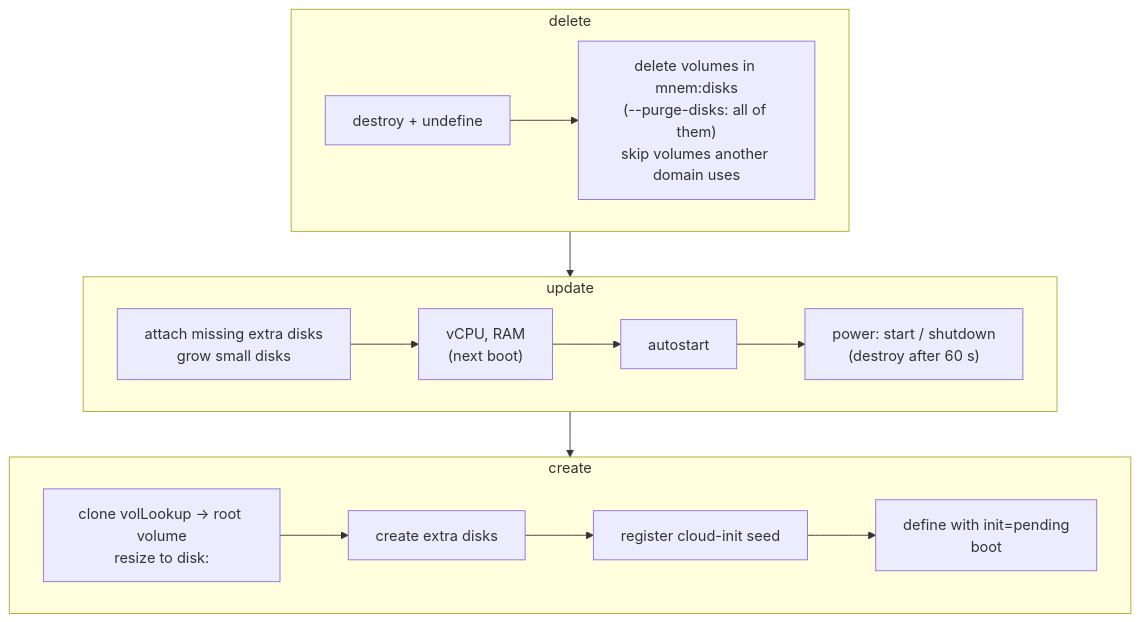
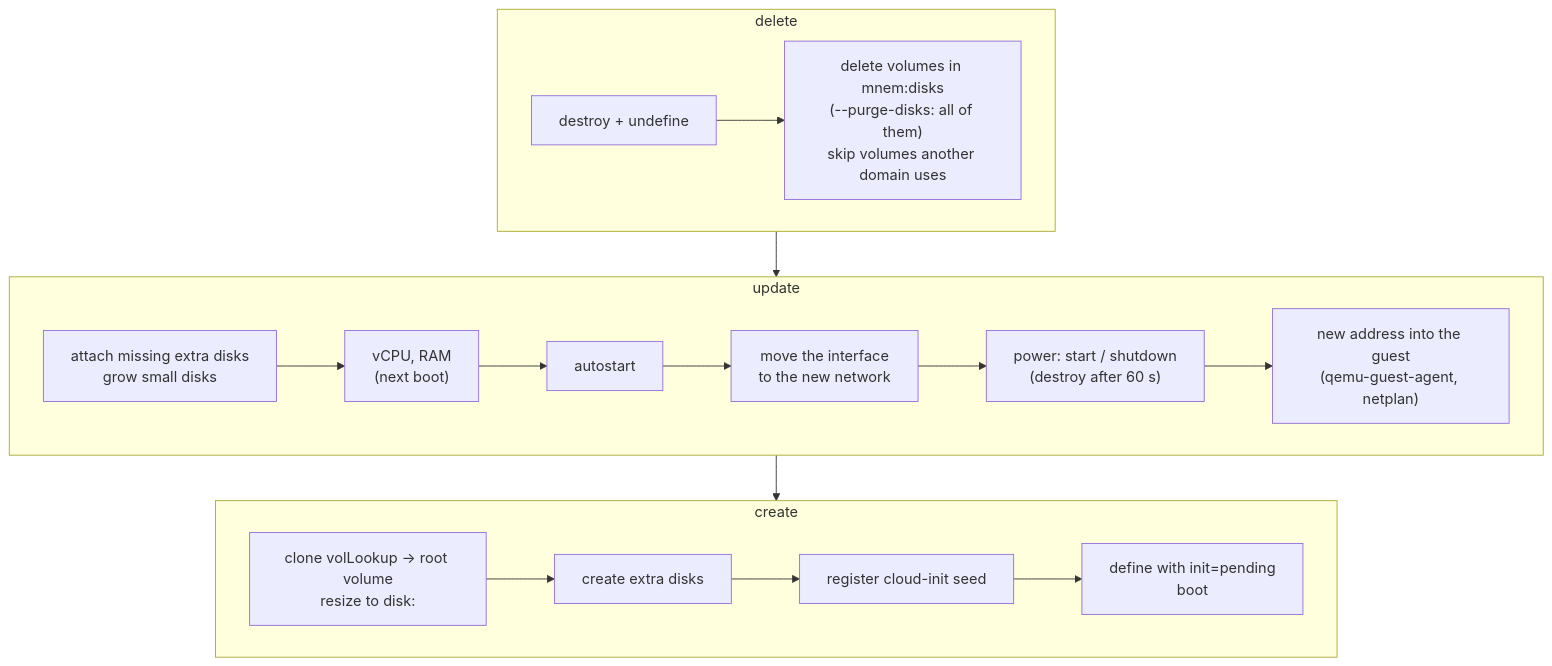
Before and after one commit to malkafen/mnemosyne: the third of 3 diagrams in docs/how-it-works.md, drawn with Mermaid. The commit also changed other lines of this file and 22 other files, not shown here.

First line of the commit message:
feat: reconcile the guest network (network, ip, gateway)

````diff
--- a/docs/how-it-works.md
+++ b/docs/how-it-works.md
@@ -155,16 +157,16 @@
 ```mermaid
 flowchart TB
     subgraph del["delete"]
         direction LR
         d1["destroy + undefine"] --> d2["delete volumes in mnem:disks<br/>(--purge-disks: all of them)<br/>skip volumes another domain uses"]
     end
     subgraph upd["update"]
         direction LR
-        u1["attach missing extra disks<br/>grow small disks"] --> u2["vCPU, RAM<br/>(next boot)"] --> u3["autostart"] --> u4["power: start / shutdown<br/>(destroy after 60 s)"]
+        u1["attach missing extra disks<br/>grow small disks"] --> u2["vCPU, RAM<br/>(next boot)"] --> u3["autostart"] --> u5["move the interface<br/>to the new network"] --> u4["power: start / shutdown<br/>(destroy after 60 s)"] --> u6["new address into the guest<br/>(qemu-guest-agent, netplan)"]
     end
     subgraph cre["create"]
         direction LR
         c1["clone volLookup → root volume<br/>resize to disk:"] --> c2["create extra disks"] --> c3["register cloud-init seed"] --> c4["define with init=pending<br/>boot"]
     end
     del --> upd --> cre
 ```
````
